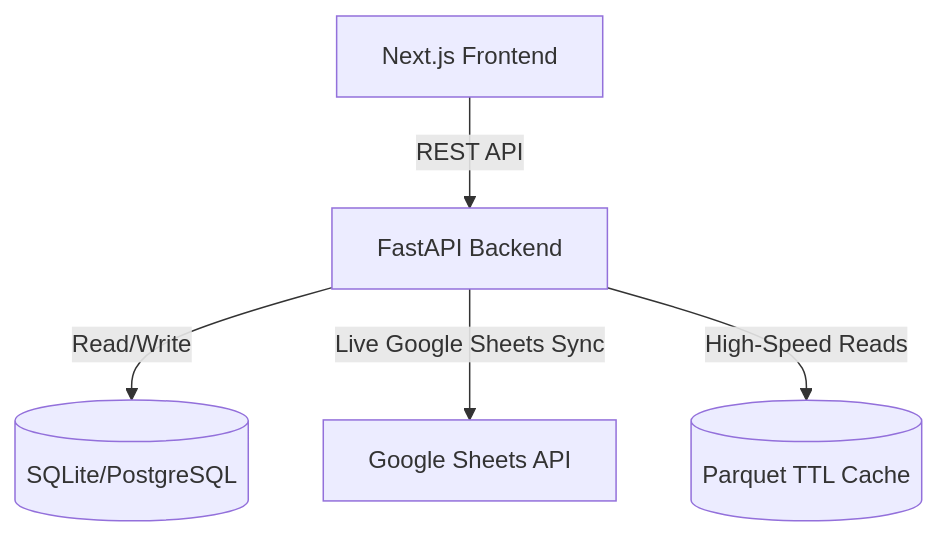
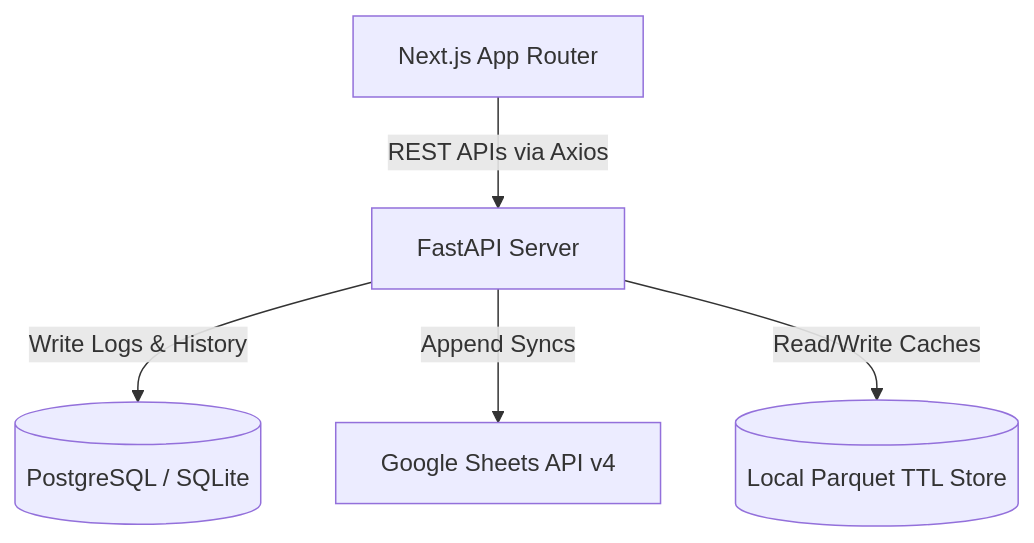
One commit to sumitkumarnayak-hub/forecast-pipeline-v2 changed the diagram in DEVELOPER_GUIDE.md. Above: the diagram before and after it, drawn with Mermaid. The commit also changed other lines of this file, not shown here.

````diff
--- a/DEVELOPER_GUIDE.md
+++ b/DEVELOPER_GUIDE.md
@@ -11,7 +18,7 @@
 ```mermaid
 graph TD
-    UI[Next.js Frontend] -->|REST API| API[FastAPI Backend]
-    API -->|Read/Write| DB[(SQLite/PostgreSQL)]
-    API -->|Live Google Sheets Sync| Sheets[Google Sheets API]
-    API -->|High-Speed Reads| Cache[(Parquet TTL Cache)]
+    UI[Next.js App Router] -->|REST APIs via Axios| API[FastAPI Server]
+    API -->|Write Logs & History| DB[(PostgreSQL / SQLite)]
+    API -->|Append Syncs| Sheets[Google Sheets API v4]
+    API -->|Read/Write Caches| Cache[(Local Parquet TTL Store)]
 ```
````
